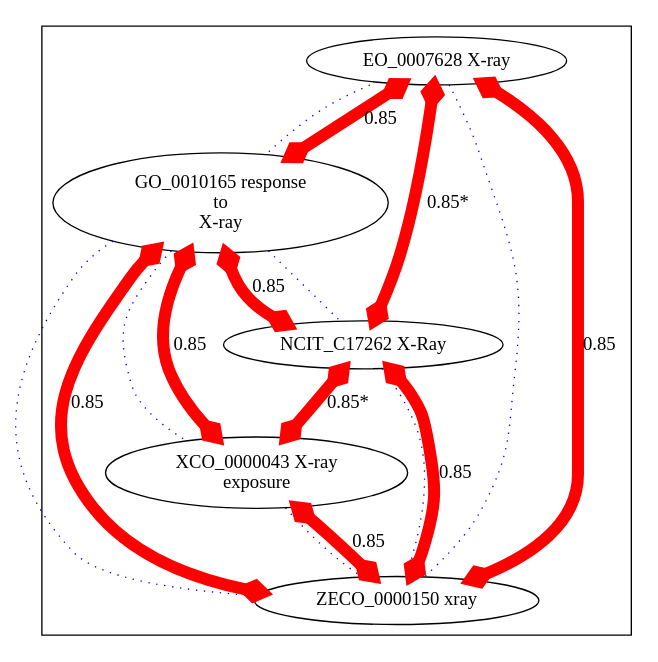
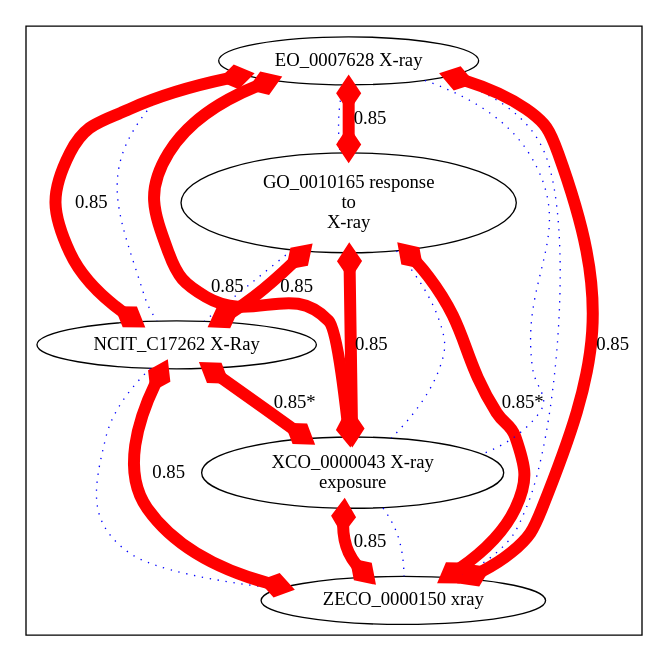
The diagram in target/img-GO_0010165.dot (cmungall/radiation-ontology), drawn with Graphviz before and after one commit. The commit also changed 28 other files, not shown here.

```diff
--- a/target/img-GO_0010165.dot
+++ b/target/img-GO_0010165.dot
@@ -1,40 +1,44 @@
 digraph cliquegraph {
 subgraph cluster_GO_0010165 {GO_0010165 [ label="GO_0010165 response
 to
 X-ray" ];
 XCO_0000043 [ label="XCO_0000043 X-ray
 exposure" ];
 EO_0007628 [ label="EO_0007628 X-ray" ];
 NCIT_C17262 [ label="NCIT_C17262 X-Ray" ];
 ZECO_0000150 [ label="ZECO_0000150 xray" ];}
-GO_0010165 -> XCO_0000043 [ arrowhead = none, penwidth=1, color=blue, label="", style=dotted]
+EO_0007628 -> NCIT_C17262 [ arrowhead = none, penwidth=1, color=blue, label="", style=dotted]
 
-GO_0010165 -> ZECO_0000150 [ arrowhead = none, penwidth=1, color=blue, label="", style=dotted]
+XCO_0000043 -> ZECO_0000150 [ arrowhead = none, penwidth=1, color=blue, label="", style=dotted]
+
+EO_0007628 -> XCO_0000043 [ arrowhead = none, penwidth=1, color=blue, label="", style=dotted]
+
+NCIT_C17262 -> ZECO_0000150 [ arrowhead = none, penwidth=1, color=blue, label="", style=dotted]
 
 EO_0007628 -> GO_0010165 [ arrowhead = none, penwidth=1, color=blue, label="", style=dotted]
 
-EO_0007628 -> ZECO_0000150 [ arrowhead = none, penwidth=1, color=blue, label="", style=dotted]
-
-NCIT_C17262 -> ZECO_0000150 [ arrowhead = none, penwidth=1, color=blue, label="", style=dotted]
+GO_0010165 -> XCO_0000043 [ arrowhead = none, penwidth=1, color=blue, label="", style=dotted]
 
 GO_0010165 -> NCIT_C17262 [ arrowhead = none, penwidth=1, color=blue, label="", style=dotted]
 
-XCO_0000043 -> ZECO_0000150 [ arrowhead = none, penwidth=1, color=blue, label="", style=dotted]
+EO_0007628 -> ZECO_0000150 [ arrowhead = none, penwidth=1, color=blue, label="", style=dotted]
+NCIT_C17262 -> ZECO_0000150 [ arrowhead = ediamond, penwidth=9, color=red, label="0.85", style=solid, arrowtail=ediamond, dir=both]
+
 GO_0010165 -> XCO_0000043 [ arrowhead = ediamond, penwidth=9, color=red, label="0.85", style=solid, arrowtail=ediamond, dir=both]
 
-NCIT_C17262 -> ZECO_0000150 [ arrowhead = ediamond, penwidth=9, color=red, label="0.85", style=solid, arrowtail=ediamond, dir=both]
+NCIT_C17262 -> XCO_0000043 [ arrowhead = ediamond, penwidth=9, color=red, label="0.85*", style=solid, arrowtail=ediamond, dir=both]
 
-GO_0010165 -> ZECO_0000150 [ arrowhead = ediamond, penwidth=9, color=red, label="0.85", style=solid, arrowtail=ediamond, dir=both]
-
-NCIT_C17262 -> XCO_0000043 [ arrowhead = ediamond, penwidth=9, color=red, label="0.85*", style=solid, arrowtail=ediamond, dir=both]
+GO_0010165 -> ZECO_0000150 [ arrowhead = ediamond, penwidth=9, color=red, label="0.85*", style=solid, arrowtail=ediamond, dir=both]
 
 EO_0007628 -> GO_0010165 [ arrowhead = ediamond, penwidth=9, color=red, label="0.85", style=solid, arrowtail=ediamond, dir=both]
 
 EO_0007628 -> ZECO_0000150 [ arrowhead = ediamond, penwidth=9, color=red, label="0.85", style=solid, arrowtail=ediamond, dir=both]
 
 XCO_0000043 -> ZECO_0000150 [ arrowhead = ediamond, penwidth=9, color=red, label="0.85", style=solid, arrowtail=ediamond, dir=both]
 
+EO_0007628 -> XCO_0000043 [ arrowhead = ediamond, penwidth=9, color=red, label="0.85", style=solid, arrowtail=ediamond, dir=both]
+
 GO_0010165 -> NCIT_C17262 [ arrowhead = ediamond, penwidth=9, color=red, label="0.85", style=solid, arrowtail=ediamond, dir=both]
 
-EO_0007628 -> NCIT_C17262 [ arrowhead = ediamond, penwidth=9, color=red, label="0.85*", style=solid, arrowtail=ediamond, dir=both]
+EO_0007628 -> NCIT_C17262 [ arrowhead = ediamond, penwidth=9, color=red, label="0.85", style=solid, arrowtail=ediamond, dir=both]
 }
```
